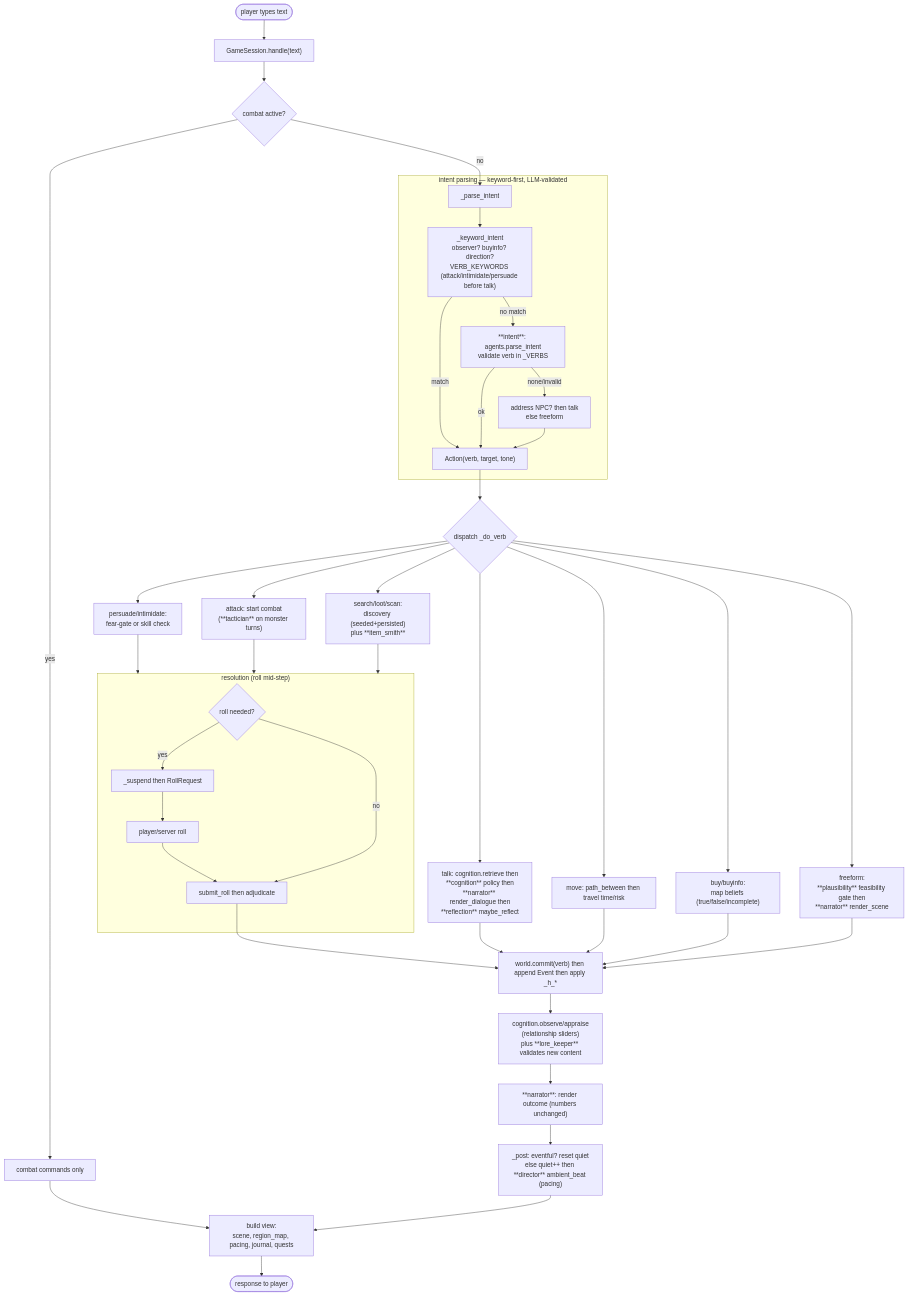
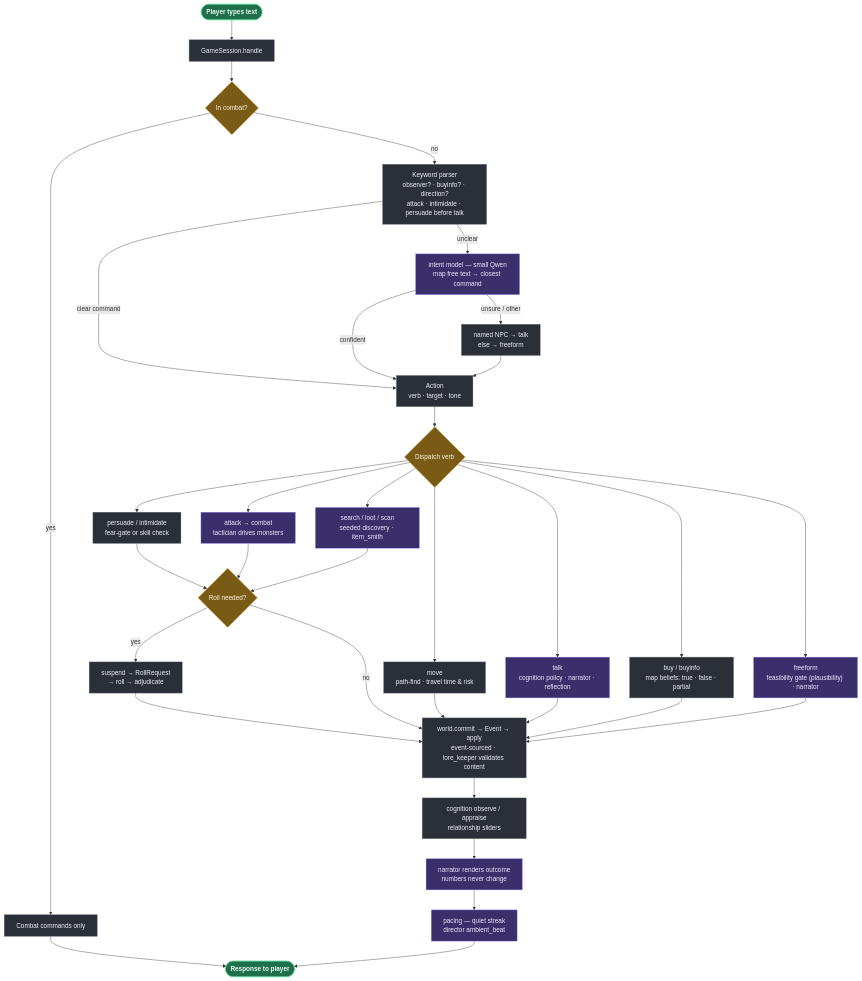
The diagram in docs/architecture.md (illaitar/ai-dnd), drawn with Mermaid before and after one commit. The commit also changed other lines of this file and 15 other files, not shown here.

First line of the commit message:
combat: companions fight + narrator weapon fidelity; prettier turn diagram

````diff
--- a/docs/architecture.md
+++ b/docs/architecture.md
@@ -26,46 +28,43 @@
 ```mermaid
 flowchart TD
-  IN([player types text]) --> H["GameSession.handle(text)"]
-  H --> CB{combat active?}
-  CB -- yes --> CMB["combat commands only"] --> VV
-  CB -- no --> PI["_parse_intent"]
+  IN([Player types text]):::io --> H["GameSession.handle"]:::core
+  H --> CB{In combat?}:::dec
+  CB -- yes --> CMB["Combat commands only"]:::core --> OUT
+  CB -- no --> KW["Keyword parser<br/>observer? · buyinfo? · direction?<br/>attack · intimidate · persuade before talk"]:::core
 
-  subgraph PARSE["intent parsing — keyword-first, LLM-validated"]
-    PI --> KW["_keyword_intent\nobserver? buyinfo? direction?\nVERB_KEYWORDS (attack/intimidate/persuade before talk)"]
-    KW -- match --> ACT["Action(verb, target, tone)"]
-    KW -- no match --> LLM["**intent**: agents.parse_intent\nvalidate verb in _VERBS"]
-    LLM -- ok --> ACT
-    LLM -- none/invalid --> DEF["address NPC? then talk\nelse freeform"]
-    DEF --> ACT
-  end
+  KW -- clear command --> ACT["Action<br/>verb · target · tone"]:::core
+  KW -- unclear --> LLM["intent model — small Qwen<br/>map free text → closest command"]:::llm
+  LLM -- confident --> ACT
+  LLM -- unsure / other --> DEF["named NPC → talk<br/>else → freeform"]:::core
+  DEF --> ACT
 
-  ACT --> DISP{dispatch _do_verb}
-  DISP --> MOVE["move: path_between then travel time/risk"]
-  DISP --> TALK["talk: cognition.retrieve then\n**cognition** policy then\n**narrator** render_dialogue then\n**reflection** maybe_reflect"]
-  DISP --> SOC["persuade/intimidate:\nfear-gate or skill check"]
-  DISP --> ATK["attack: start combat\n(**tactician** on monster turns)"]
-  DISP --> SRCH["search/loot/scan:\ndiscovery (seeded+persisted)\nplus **item_smith**"]
-  DISP --> BUY["buy/buyinfo:\nmap beliefs (true/false/incomplete)"]
-  DISP --> FREE["freeform:\n**plausibility** feasibility gate then\n**narrator** render_scene"]
+  ACT --> DISP{Dispatch verb}:::dec
+  DISP --> MOVE["move<br/>path-find · travel time & risk"]:::core
+  DISP --> TALK["talk<br/>cognition policy · narrator · reflection"]:::llm
+  DISP --> SOC["persuade / intimidate<br/>fear-gate or skill check"]:::core
+  DISP --> ATK["attack → combat<br/>tactician drives monsters"]:::llm
+  DISP --> SRCH["search / loot / scan<br/>seeded discovery · item_smith"]:::llm
+  DISP --> BUY["buy / buyinfo<br/>map beliefs: true · false · partial"]:::core
+  DISP --> FREE["freeform<br/>feasibility gate (plausibility) · narrator"]:::llm
 
-  subgraph RESOLVE["resolution (roll mid-step)"]
-    NEED{roll needed?} -- yes --> SUS["_suspend then RollRequest"] --> ROLL["player/server roll"] --> ADJ["submit_roll then adjudicate"]
-    NEED -- no --> ADJ
-  end
-
-  SOC --> RESOLVE
-  ATK --> RESOLVE
-  SRCH --> RESOLVE
-  ADJ --> COMMIT
+  SOC --> ROLL{Roll needed?}:::dec
+  ATK --> ROLL
+  SRCH --> ROLL
+  ROLL -- yes --> SUS["suspend → RollRequest<br/>→ roll → adjudicate"]:::core --> COMMIT
+  ROLL -- no --> COMMIT
+  MOVE --> COMMIT
   TALK --> COMMIT
-  MOVE --> COMMIT
   BUY --> COMMIT
   FREE --> COMMIT
 
-  COMMIT["world.commit(verb) then append Event then apply _h_*"]
-  COMMIT --> COG["cognition.observe/appraise\n(relationship sliders)\nplus **lore_keeper** validates new content"]
-  COG --> NARR["**narrator**: render outcome (numbers unchanged)"]
-  NARR --> POST["_post: eventful? reset quiet\nelse quiet++ then **director** ambient_beat (pacing)"]
-  POST --> VV["build view:\nscene, region_map, pacing, journal, quests"]
-  VV --> OUT([response to player])
+  COMMIT["world.commit → Event → apply<br/>event-sourced · lore_keeper validates content"]:::core
+  COMMIT --> COG["cognition observe / appraise<br/>relationship sliders"]:::core
+  COG --> NARR["narrator renders outcome<br/>numbers never change"]:::llm
+  NARR --> POST["pacing — quiet streak<br/>director ambient_beat"]:::llm
+  POST --> OUT([Response to player]):::io
+
+  classDef io fill:#1f6f4a,stroke:#5fd39a,color:#eafff4,font-weight:bold;
+  classDef llm fill:#3a2f6b,stroke:#9d8cff,color:#efeaff;
+  classDef dec fill:#7a5b16,stroke:#e6b84a,color:#fff7e6;
+  classDef core fill:#2b2f37,stroke:#6b7480,color:#eef1f5;
 ```
````
